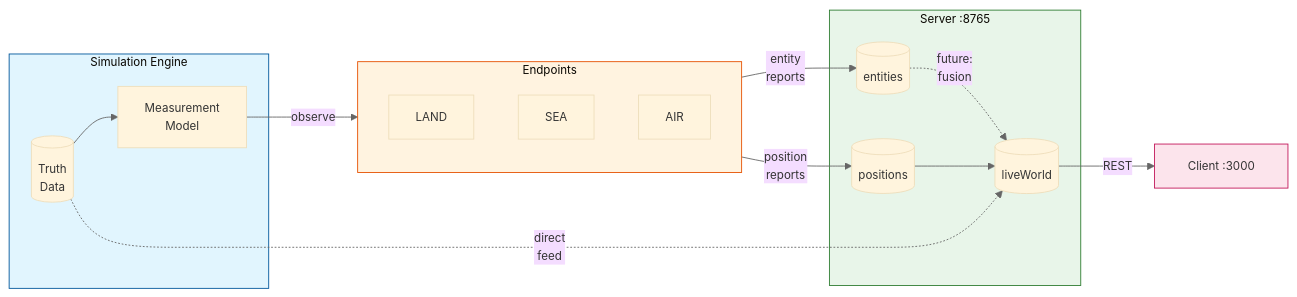
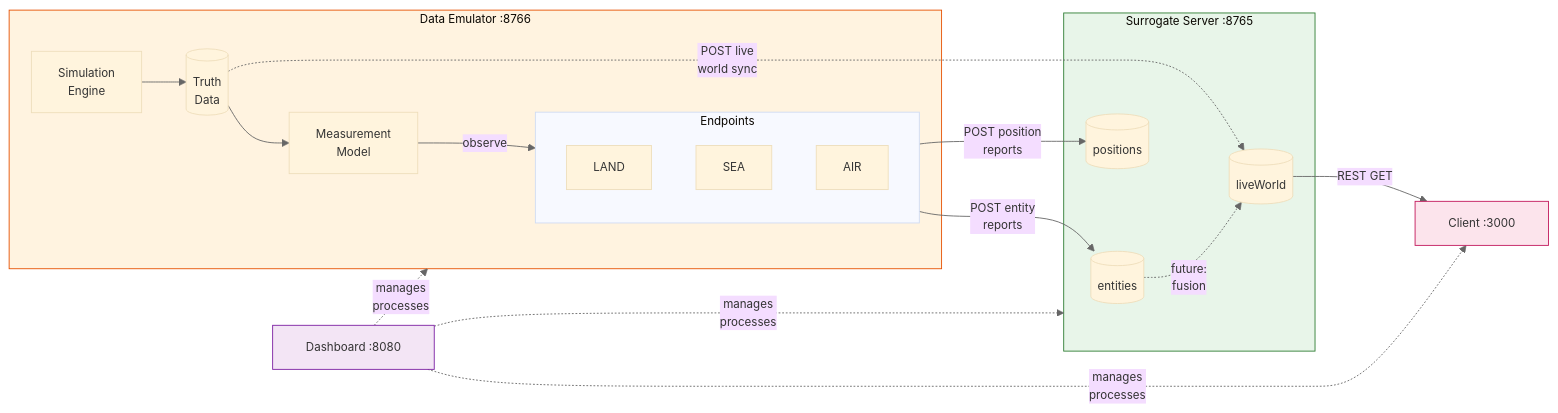
Before and after one commit to ericpauls/disco_workspace: the first of 2 diagrams in docs/system-architecture-diagram.md, drawn with Mermaid. The commit also changed other lines of this file and 14 other files, not shown here.

First line of the commit message:
feat: Add scenario selection to dashboard and idle-start emulator

````diff
--- a/docs/system-architecture-diagram.md
+++ b/docs/system-architecture-diagram.md
@@ -7,41 +7,45 @@
 ```mermaid
 %%{init: {'theme': 'base', 'themeVariables': { 'lineColor': '#666', 'fontSize': '13px'}}}%%
 flowchart LR
-    subgraph sim["&nbsp;&nbsp;Simulation Engine&nbsp;&nbsp;"]
+    subgraph emu["&nbsp;&nbsp;Data Emulator :8766&nbsp;&nbsp;"]
+        sim["Simulation<br/>Engine"]
         truth[("Truth<br/>Data")]
         mm["Measurement<br/>Model"]
+        subgraph eps["Endpoints"]
+            ep1["LAND"]
+            ep2["SEA"]
+            ep3["AIR"]
+        end
+        sim --> truth
         truth --> mm
+        mm -->|observe| eps
     end
 
-    subgraph eps["&nbsp;&nbsp;Endpoints&nbsp;&nbsp;"]
-        ep1["LAND"]
-        ep2["SEA"]
-        ep3["AIR"]
-    end
-
-    subgraph srv["&nbsp;&nbsp;Server :8765&nbsp;&nbsp;"]
+    subgraph srv["&nbsp;&nbsp;Surrogate Server :8765&nbsp;&nbsp;"]
         ent[("entities")]
         pos[("positions")]
         lw[("liveWorld")]
     end
 
     ui["&nbsp;&nbsp;Client :3000&nbsp;&nbsp;"]
+    dash["&nbsp;&nbsp;Dashboard :8080&nbsp;&nbsp;"]
 
-    mm -->|observe| eps
-    eps -->|entity<br/>reports| ent
-    eps -->|position<br/>reports| pos
-    pos --> lw
-    truth -.->|direct<br/>feed| lw
+    eps -->|POST entity<br/>reports| ent
+    eps -->|POST position<br/>reports| pos
+    truth -.->|POST live<br/>world sync| lw
     ent -.->|future:<br/>fusion| lw
-    lw -->|REST| ui
+    lw -->|REST GET| ui
+    dash -.->|manages<br/>processes| emu
+    dash -.->|manages<br/>processes| srv
+    dash -.->|manages<br/>processes| ui
 
-    classDef simStyle fill:#e1f5fe,stroke:#01579b
-    classDef epStyle fill:#fff3e0,stroke:#e65100
+    classDef emuStyle fill:#fff3e0,stroke:#e65100
     classDef srvStyle fill:#e8f5e9,stroke:#2e7d32
     classDef uiStyle fill:#fce4ec,stroke:#c2185b
+    classDef dashStyle fill:#f3e5f5,stroke:#7b1fa2
 
-    class sim simStyle
-    class eps epStyle
+    class emu emuStyle
     class srv srvStyle
     class ui uiStyle
+    class dash dashStyle
 ```
````
